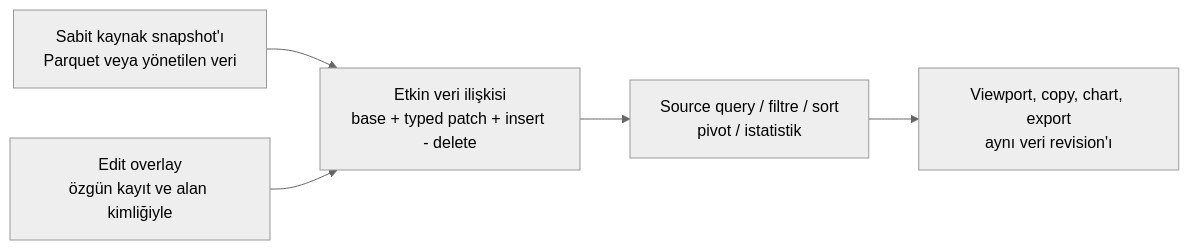
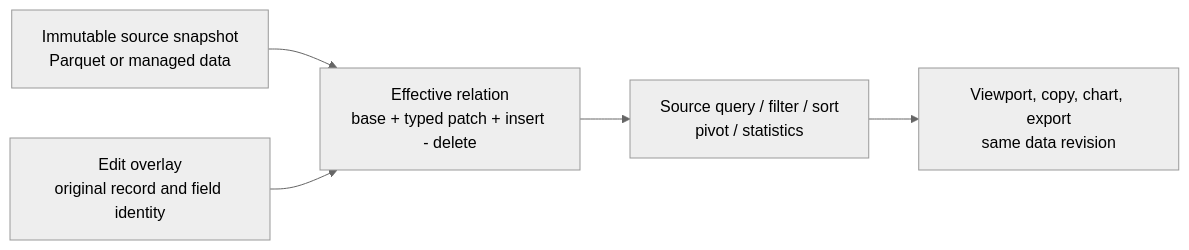
One commit to batu-bulgur/duxcel changed the third of 4 diagrams in docs/ARCHITECTURE.md. Above: the diagram before and after it, drawn with Mermaid (neutral theme). The commit also changed other lines of this file and 7 other files, not shown here.

````diff
--- a/docs/ARCHITECTURE.md
+++ b/docs/ARCHITECTURE.md
@@ -179,7 +179,7 @@
 ```mermaid
 flowchart LR
-    Base["Sabit kaynak snapshot'ı<br/>Parquet veya yönetilen veri"] --> Effective["Etkin veri ilişkisi<br/>base + typed patch + insert - delete"]
-    Patches["Edit overlay<br/>özgün kayıt ve alan kimliğiyle"] --> Effective
-    Effective --> Transform["Source query / filtre / sort<br/>pivot / istatistik"]
-    Transform --> Consumers["Viewport, copy, chart, export<br/>aynı veri revision'ı"]
+    Base["Immutable source snapshot<br/>Parquet or managed data"] --> Effective["Effective relation<br/>base + typed patch + insert - delete"]
+    Patches["Edit overlay<br/>original record and field identity"] --> Effective
+    Effective --> Transform["Source query / filter / sort<br/>pivot / statistics"]
+    Transform --> Consumers["Viewport, copy, chart, export<br/>same data revision"]
 ```
````
